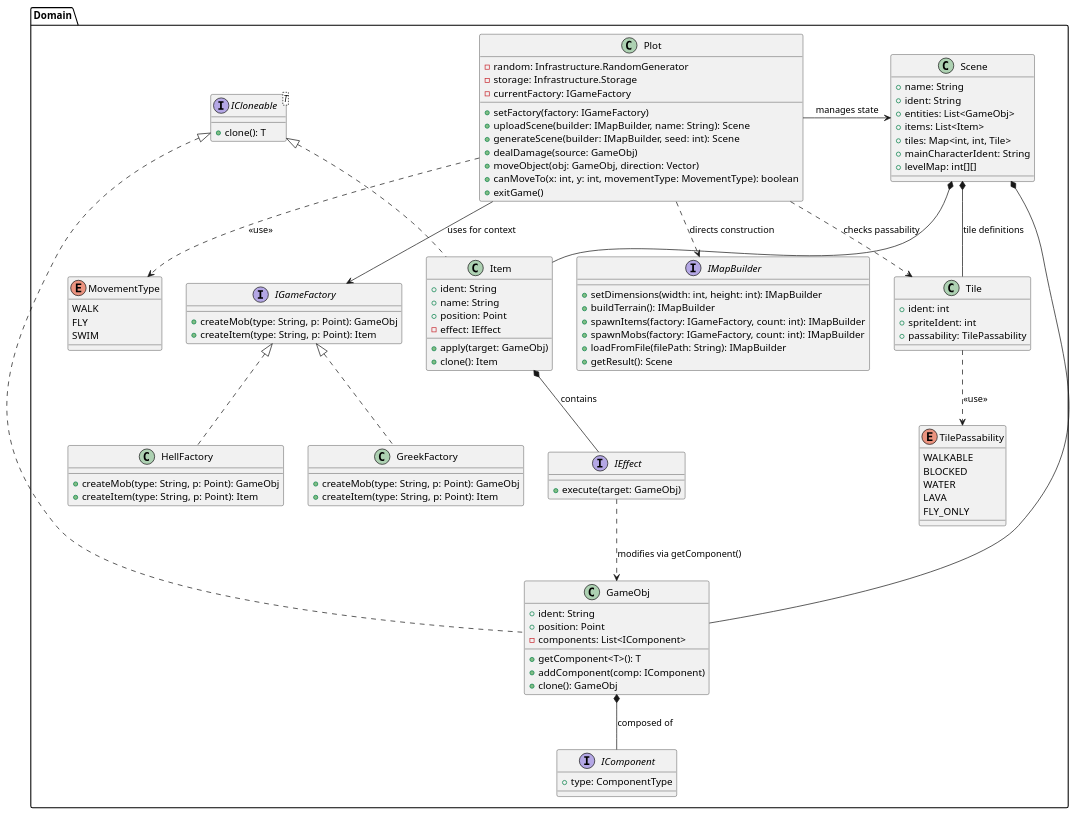
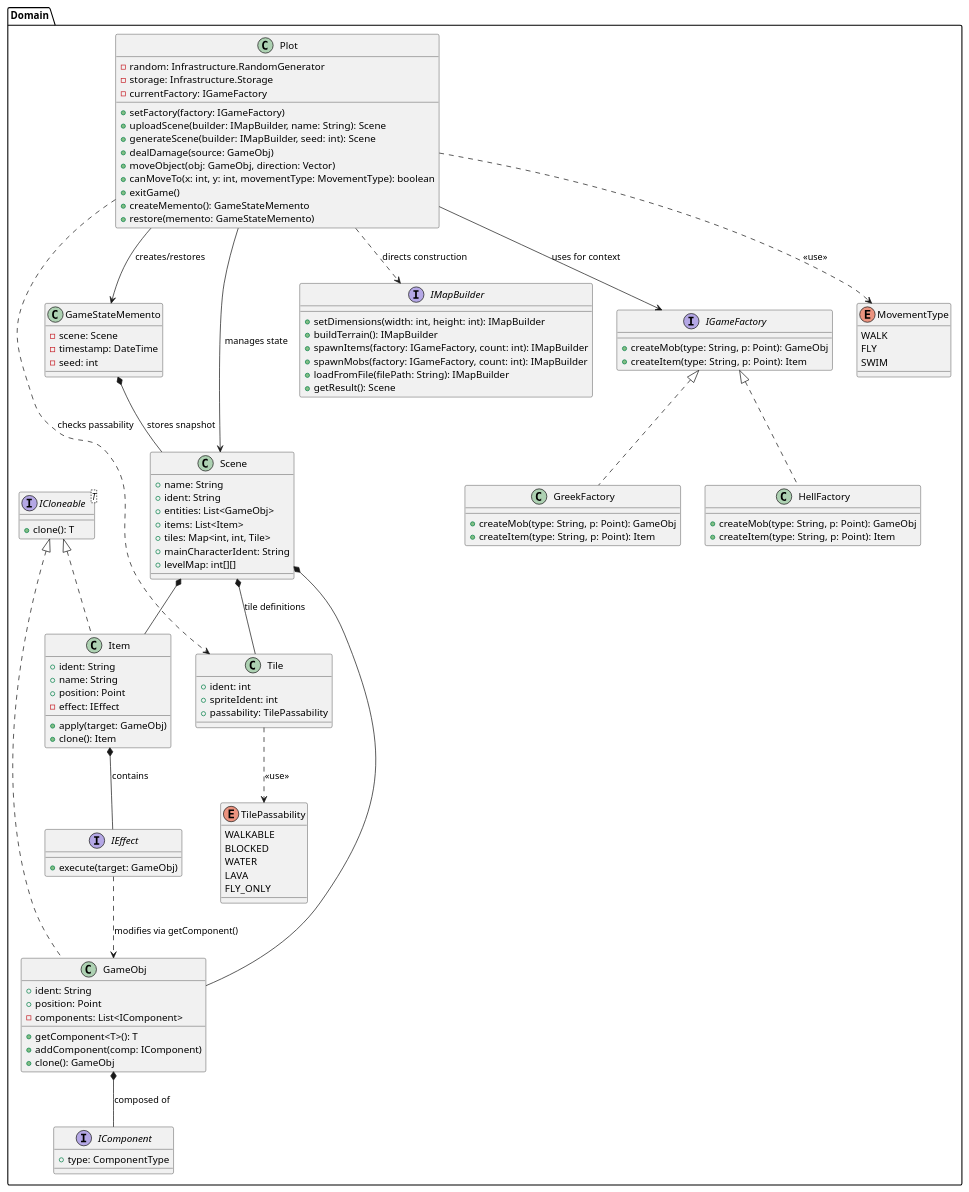
One commit to VyacheslavIurevich/diagrams changed the diagram in src/domain.puml. Above: the diagram before and after it, drawn with PlantUML. The commit also changed 4 other files, not shown here.

```diff
--- a/src/domain.puml
+++ b/src/domain.puml
@@ -1,119 +1,129 @@
 @startuml
 namespace Domain {
 
     enum TilePassability {
         WALKABLE
         BLOCKED
         WATER
         LAVA
         FLY_ONLY
     }
 
     ' === ПАТТЕРН: ПРОТОТИП ===
     interface ICloneable<T> {
         + clone(): T
     }
 
     class Item implements ICloneable {
         + ident: String
         + name: String
         + position: Point
         - effect: IEffect
         + apply(target: GameObj)
         + clone(): Item
     }
 
     interface IEffect {
         + execute(target: GameObj)
     }
 
     class GameObj implements ICloneable {
         + ident: String
         + position: Point
         - components: List<IComponent>
         + getComponent<T>(): T
         + addComponent(comp: IComponent)
         + clone(): GameObj
     }
 
     interface IComponent {
         + type: ComponentType
     }
 
     class Tile {
         + ident: int
         + spriteIdent: int
         + passability: TilePassability
     }
 
     class Scene {
         + name: String
         + ident: String
         + entities: List<GameObj>
         + items: List<Item>
         + tiles: Map<int, int, Tile>
         + mainCharacterIdent: String
         + levelMap: int[][]
     }
 
     ' === ПАТТЕРН: АБСТРАКТНАЯ ФАБРИКА ===
     interface IGameFactory {
         + createMob(type: String, p: Point): GameObj
         + createItem(type: String, p: Point): Item
     }
 
     class HellFactory implements IGameFactory {
         + createMob(type: String, p: Point): GameObj
         + createItem(type: String, p: Point): Item   
     }
 
     class GreekFactory implements IGameFactory {
         + createMob(type: String, p: Point): GameObj 
         + createItem(type: String, p: Point): Item   
     }
 
     ' === ПАТТЕРН: СТРОИТЕЛЬ ===
     interface IMapBuilder {
         + setDimensions(width: int, height: int): IMapBuilder
         + buildTerrain(): IMapBuilder
         + spawnItems(factory: IGameFactory, count: int): IMapBuilder
         + spawnMobs(factory: IGameFactory, count: int): IMapBuilder
         + loadFromFile(filePath: String): IMapBuilder
         + getResult(): Scene
     }
 
     class Plot {
         - random: Infrastructure.RandomGenerator
         - storage: Infrastructure.Storage
         - currentFactory: IGameFactory
         + setFactory(factory: IGameFactory)
         + uploadScene(builder: IMapBuilder, name: String): Scene
         + generateScene(builder: IMapBuilder, seed: int): Scene
         + dealDamage(source: GameObj)
         + moveObject(obj: GameObj, direction: Vector)
         + canMoveTo(x: int, y: int, movementType: MovementType): boolean
         + exitGame()
+        + createMemento(): GameStateMemento
+        + restore(memento: GameStateMemento)
+    }
+
+    class GameStateMemento {
+    - scene: Scene
+    - timestamp: DateTime
+    - seed: int
     }
 
     enum MovementType {
         WALK
         FLY
         SWIM
     }
 
     ' Relationships
     Plot -> Scene : "manages state"
     Plot --> IGameFactory : "uses for context"
     Plot ..> IMapBuilder : "directs construction"
     Scene *-- GameObj
     Scene *-- Item
     Scene *-- Tile : "tile definitions"
     Item *-- IEffect : "contains"
     GameObj *-- IComponent : "composed of"
     IEffect ..> GameObj : "modifies via getComponent()"
     Tile ..> TilePassability : <<use>>
     Plot ..> MovementType : <<use>>
     Plot ..> Tile : "checks passability"
+    Plot --> GameStateMemento : creates/restores
+    GameStateMemento *-- Scene : stores snapshot
 
 }
 @enduml
```
